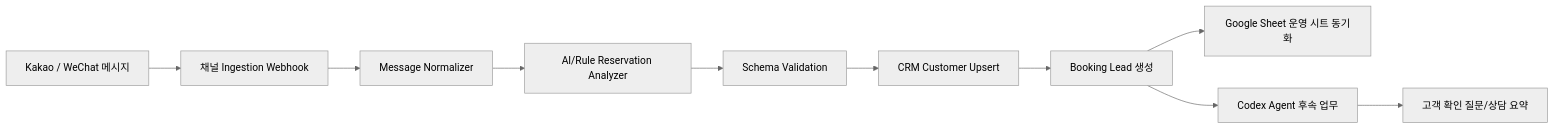
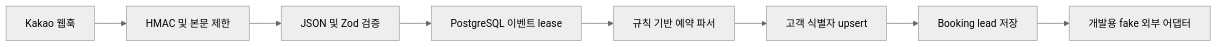
The diagram in docs/data-flow.md (cstion-ai/cstion), drawn with Mermaid (neutral theme) before and after one commit. The commit also changed other lines of this file and 17 other files, not shown here.

````diff
--- a/docs/data-flow.md
+++ b/docs/data-flow.md
@@ -3,12 +3,10 @@
 ```mermaid
 flowchart LR
-  K[Kakao / WeChat 메시지] --> I[채널 Ingestion Webhook]
-  I --> N[Message Normalizer]
-  N --> A[AI/Rule Reservation Analyzer]
-  A --> V[Schema Validation]
-  V --> C[CRM Customer Upsert]
-  C --> B[Booking Lead 생성]
-  B --> S[Google Sheet 운영 시트 동기화]
-  B --> G[Codex Agent 후속 업무]
-  G --> K2[고객 확인 질문/상담 요약]
+  K[Kakao 웹훅] --> H[HMAC 및 본문 제한]
+  H --> V[JSON 및 Zod 검증]
+  V --> E[PostgreSQL 이벤트 lease]
+  E --> A[규칙 기반 예약 파서]
+  A --> C[고객 식별자 upsert]
+  C --> B[Booking lead 저장]
+  B --> F[개발용 fake 외부 어댑터]
 ```
````
